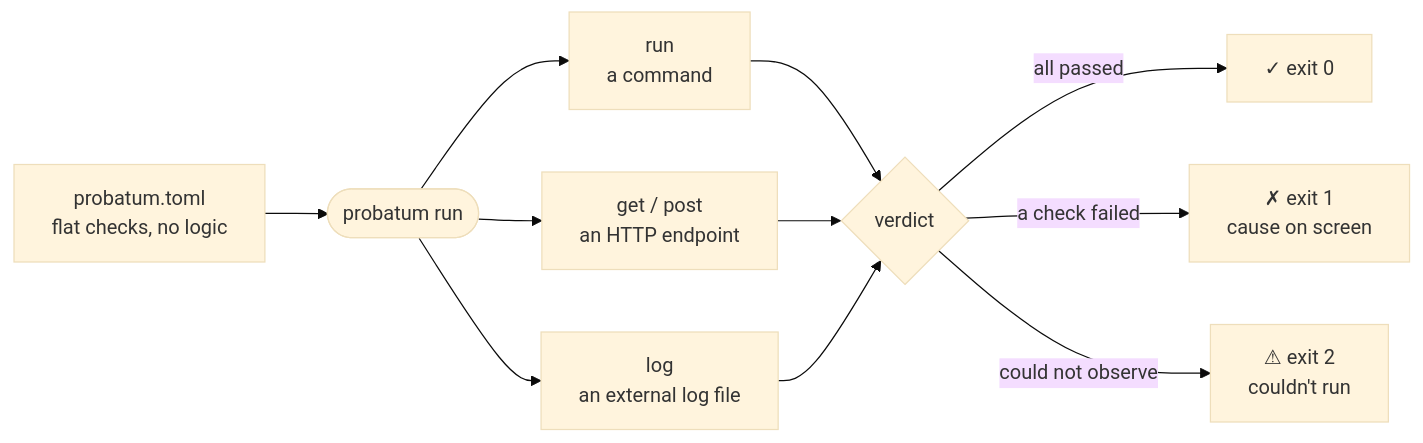
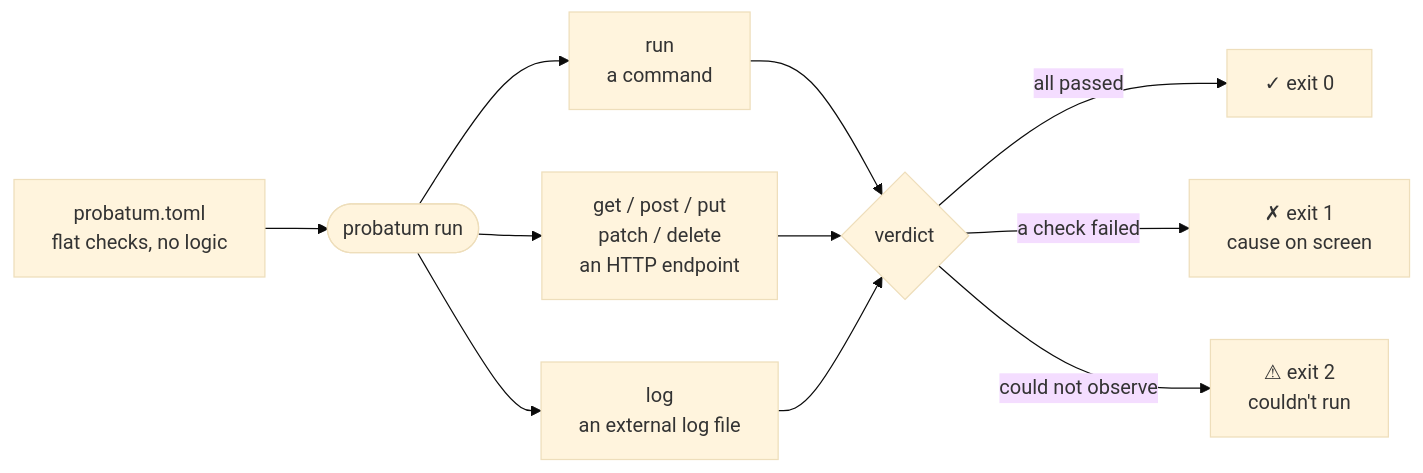
One commit to probatum-org/probatum changed the first of 2 diagrams in README.md. Above: the diagram before and after it, drawn with Mermaid (base theme). The commit also changed other lines of this file and 10 other files, not shown here.

First line of the commit message:
0.10.0: the CRUD surface completed — put/patch/delete, and absent on http

````diff
--- a/README.md
+++ b/README.md
@@ -21,13 +21,13 @@
 ```mermaid
 flowchart LR
     Y["probatum.toml<br/>flat checks, no logic"] --> P(["probatum run"])
     P --> R["run<br/>a command"]
-    P --> G["get / post<br/>an HTTP endpoint"]
+    P --> G["get / post / put<br/>patch / delete<br/>an HTTP endpoint"]
     P --> L["log<br/>an external log file"]
     R --> V{"verdict"}
     G --> V
     L --> V
     V -- all passed --> OK["✓ exit 0"]
     V -- a check failed --> KO["✗ exit 1<br/>cause on screen"]
     V -- could not observe --> NR["⚠ exit 2<br/>couldn't run"]
 ```
````
